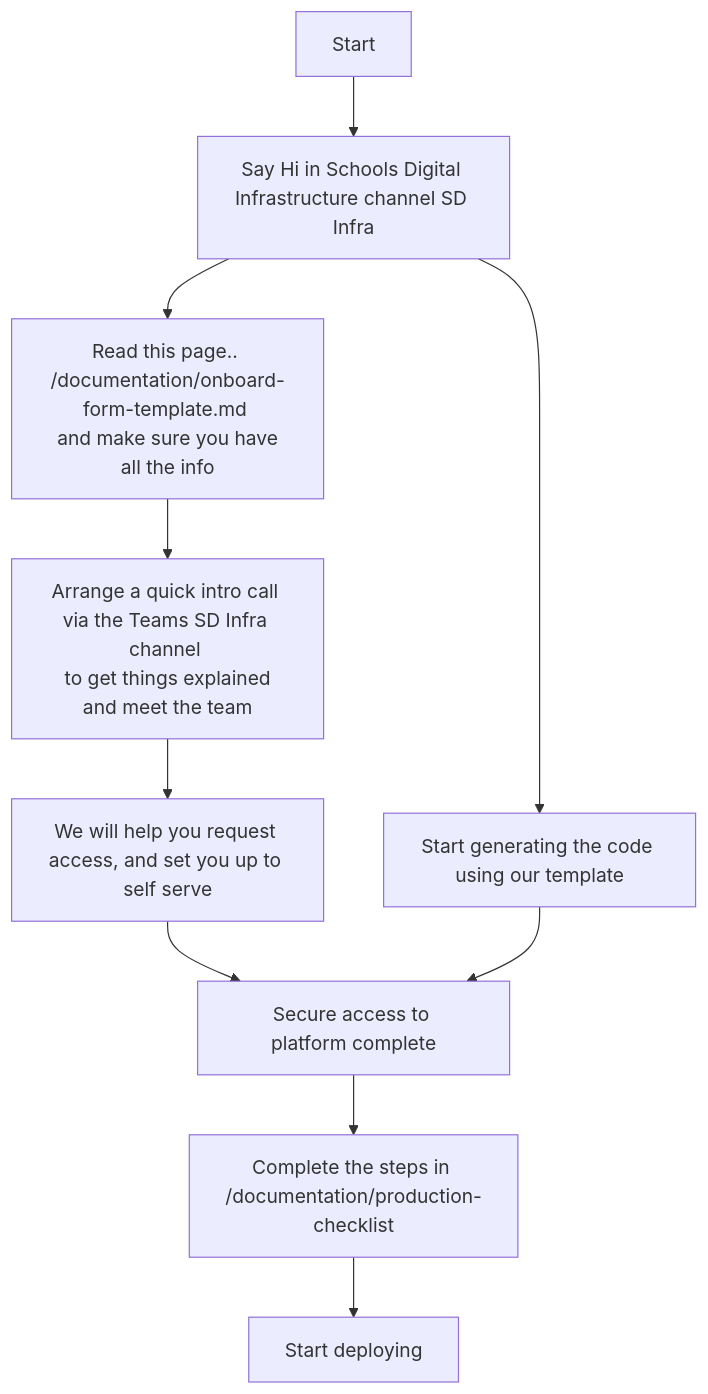
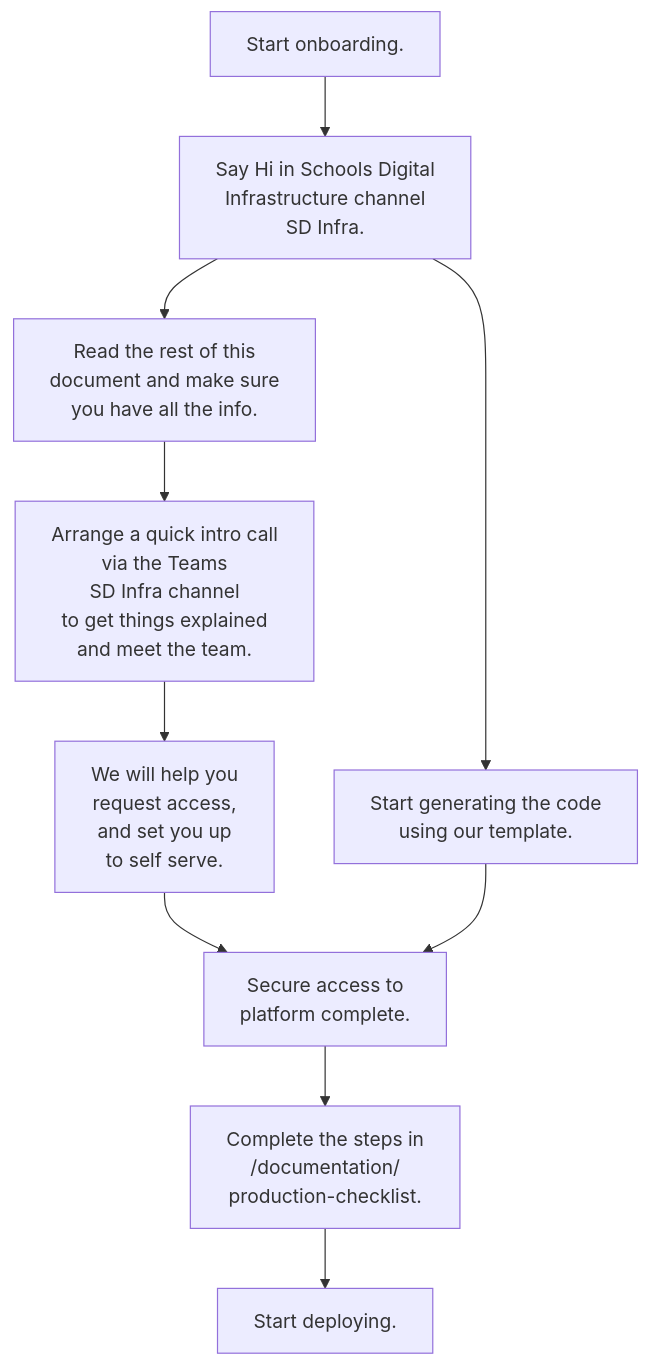
The diagram in documentation/onboard-service.md (DFE-Digital/teacher-services-cloud), drawn with Mermaid before and after one commit. The commit also changed other lines of this file, not shown here.

Commit message:
[3146] Update service-onboarding documentation

````diff
--- a/documentation/onboard-service.md
+++ b/documentation/onboard-service.md
@@ -4,12 +5,12 @@
 ```mermaid
 flowchart TD;
-    Start["Start"] --> Introduction["Say Hi in Schools Digital Infrastructure channel SD Infra"];
-    Introduction --> GetCoding["Start generating the code using our template"];
-    Introduction --> FillForm["Read this page.. /documentation/onboard-form-template.md <br> and make sure you have all the info"];
-    FillForm --> OnboardCall["Arrange a quick intro call via the Teams SD Infra channel <br> to get things explained and meet the team"];
-    OnboardCall --> SetUpCall["We will help you request access, and set you up to self serve"];
-    SetUpCall --> SetUpComplete["Secure access to platform complete"];
-    SetUpComplete --> ProdReady["Complete the steps in /documentation/production-checklist"]
+    Start["Start onboarding."] --> Introduction["Say Hi in Schools Digital<br/>Infrastructure channel<br/>SD Infra."];
+    Introduction --> GetCoding["Start generating the code<br/>using our template."];
+    Introduction --> FillForm["Read the rest of this<br/>document and make sure<br/>you have all the info."];
+    FillForm --> OnboardCall["Arrange a quick intro call<br/>via the Teams<br/>SD Infra channel<br/>to get things explained<br/>and meet the team."];
+    OnboardCall --> SetUpCall["We will help you<br/>request access,<br/>and set you up<br/>to self serve."];
+    SetUpCall --> SetUpComplete["Secure access to<br/>platform complete."];
+    SetUpComplete --> ProdReady["Complete the steps in<br/>/documentation/<br/>production-checklist."]
     GetCoding --> SetUpComplete;
-    ProdReady --> Done["Start deploying"] ;
+    ProdReady --> Done["Start deploying."];
 ```
````
